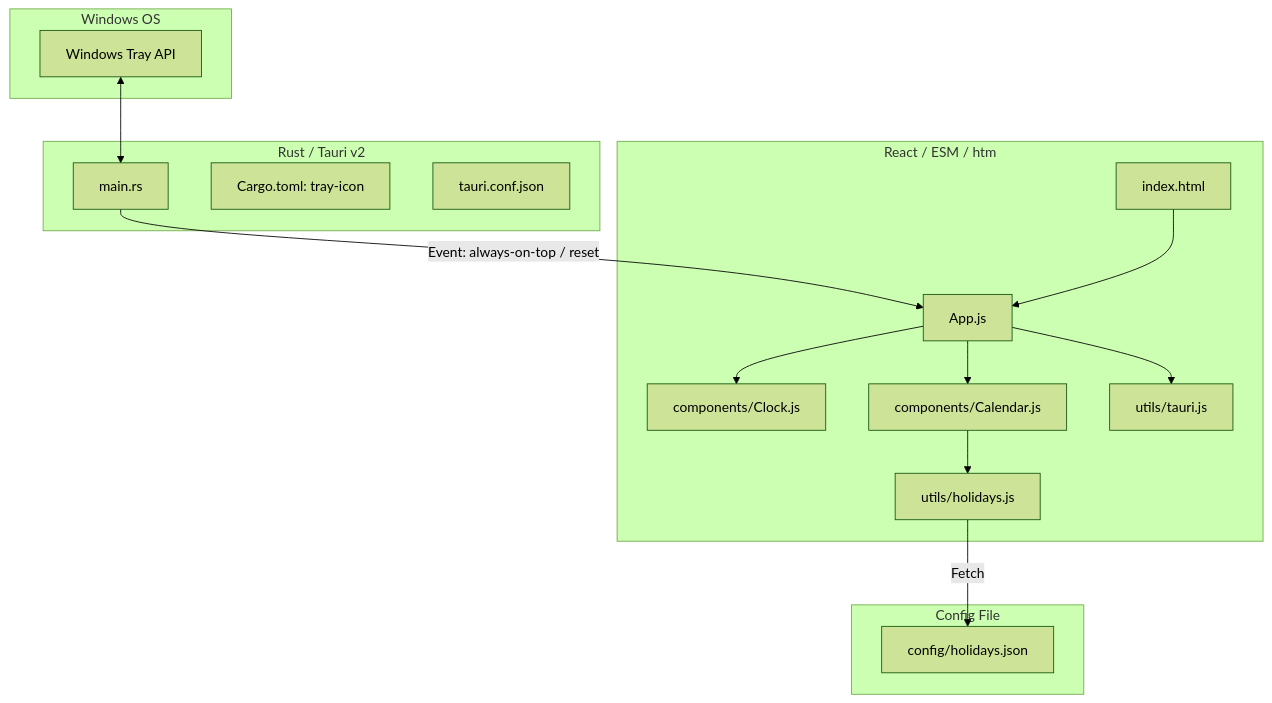
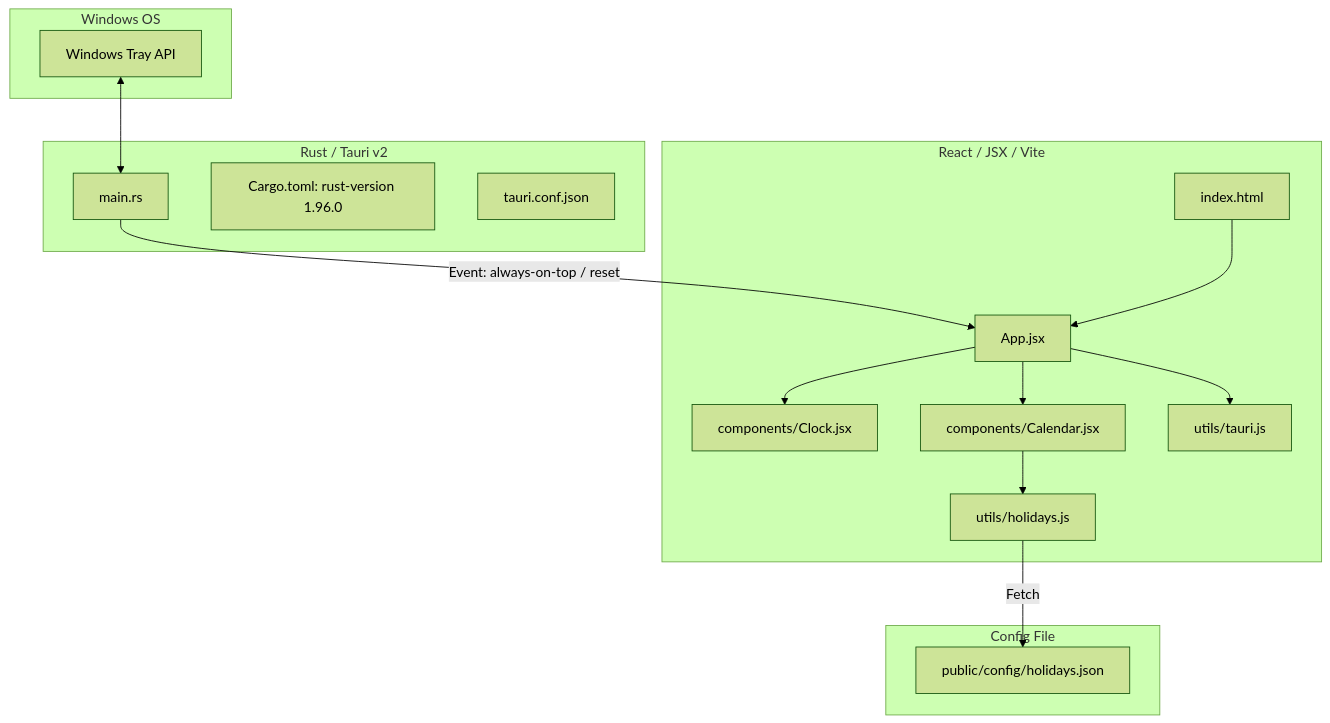
Before and after one commit to tkshnkgwr/clondar: the diagram in docs/DEVELOPMENT.md, drawn with Mermaid (forest theme). The commit also changed other lines of this file and 24 other files, not shown here.

````diff
--- a/docs/DEVELOPMENT.md
+++ b/docs/DEVELOPMENT.md
@@ -11,34 +11,34 @@
 ```mermaid
 graph TD
     subgraph OS [Windows OS]
         TrayAPI[Windows Tray API]
     end
 
     subgraph Backend [Rust / Tauri v2]
         MainRS[main.rs]
-        Cargo[Cargo.toml: tray-icon]
+        Cargo[Cargo.toml: rust-version 1.96.0]
         Conf[tauri.conf.json]
     end
 
-    subgraph Frontend [React / ESM / htm]
+    subgraph Frontend [React / JSX / Vite]
         HTML[index.html]
-        AppJS[App.js]
-        ClockJS[components/Clock.js]
-        CalendarJS[components/Calendar.js]
+        AppJSX[App.jsx]
+        ClockJSX[components/Clock.jsx]
+        CalendarJSX[components/Calendar.jsx]
         HolidaysJS[utils/holidays.js]
         TauriJS[utils/tauri.js]
     end
 
     subgraph Config [Config File]
-        HolidaysJSON[config/holidays.json]
+        HolidaysJSON[public/config/holidays.json]
     end
 
     TrayAPI <--> MainRS
-    MainRS -- Event: always-on-top / reset --> AppJS
-    HTML --> AppJS
-    AppJS --> ClockJS
-    AppJS --> CalendarJS
-    CalendarJS --> HolidaysJS
+    MainRS -- Event: always-on-top / reset --> AppJSX
+    HTML --> AppJSX
+    AppJSX --> ClockJSX
+    AppJSX --> CalendarJSX
+    CalendarJSX --> HolidaysJS
     HolidaysJS -- Fetch --> HolidaysJSON
-    AppJS --> TauriJS
+    AppJSX --> TauriJS
 ```
````
